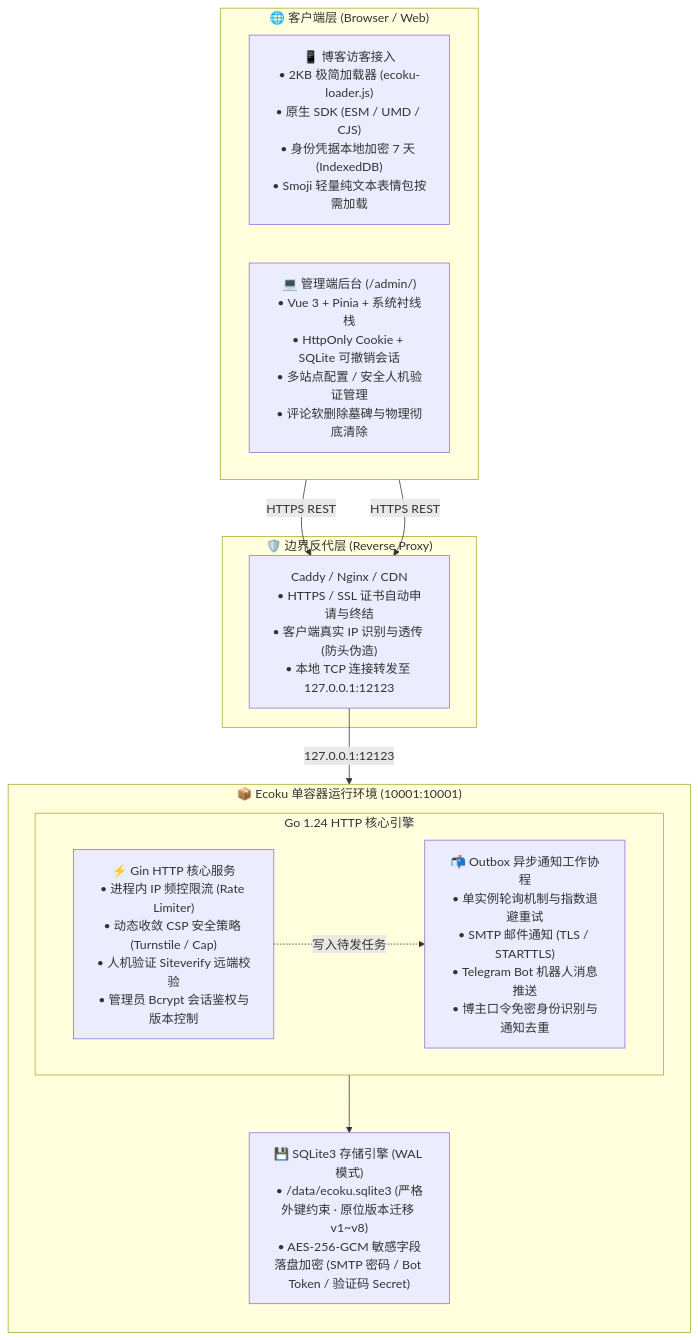
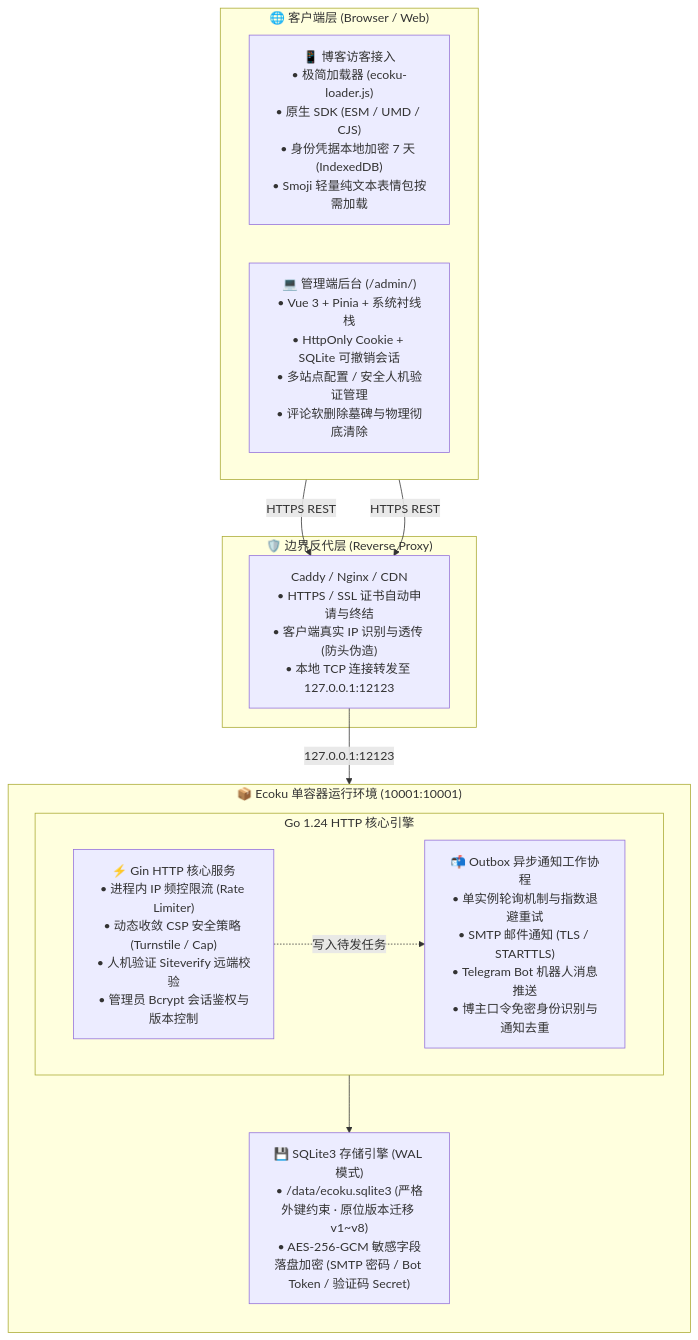
The diagram in docs/guide/introduction.md (DejavuMoe/Ecoku), drawn with Mermaid before and after one commit. The commit also changed other lines of this file and 66 other files, not shown here.

````diff
--- a/docs/guide/introduction.md
+++ b/docs/guide/introduction.md
@@ -21,28 +21,28 @@
 ```mermaid
 flowchart TD
     subgraph Client["🌐 客户端层 (Browser / Web)"]
         direction LR
-        Visitor["📱 博客访客接入<br/>• 2KB 极简加载器 (ecoku-loader.js)<br/>• 原生 SDK (ESM / UMD / CJS)<br/>• 身份凭据本地加密 7 天 (IndexedDB)<br/>• Smoji 轻量纯文本表情包按需加载"]
+        Visitor["📱 博客访客接入<br/>• 极简加载器 (ecoku-loader.js)<br/>• 原生 SDK (ESM / UMD / CJS)<br/>• 身份凭据本地加密 7 天 (IndexedDB)<br/>• Smoji 轻量纯文本表情包按需加载"]
         Admin["💻 管理端后台 (/admin/)<br/>• Vue 3 + Pinia + 系统衬线栈<br/>• HttpOnly Cookie + SQLite 可撤销会话<br/>• 多站点配置 / 安全人机验证管理<br/>• 评论软删除墓碑与物理彻底清除"]
     end
 
     subgraph Edge["🛡️ 边界反代层 (Reverse Proxy)"]
         Proxy["Caddy / Nginx / CDN<br/>• HTTPS / SSL 证书自动申请与终结<br/>• 客户端真实 IP 识别与透传 (防头伪造)<br/>• 本地 TCP 连接转发至 127.0.0.1:12123"]
     end
 
     subgraph Runtime["📦 Ecoku 单容器运行环境 (10001:10001)"]
         direction TB
         subgraph Core["Go 1.24 HTTP 核心引擎"]
             direction LR
             Engine["⚡ Gin HTTP 核心服务<br/>• 进程内 IP 频控限流 (Rate Limiter)<br/>• 动态收敛 CSP 安全策略 (Turnstile / Cap)<br/>• 人机验证 Siteverify 远端校验<br/>• 管理员 Bcrypt 会话鉴权与版本控制"]
             Outbox["📬 Outbox 异步通知工作协程<br/>• 单实例轮询机制与指数退避重试<br/>• SMTP 邮件通知 (TLS / STARTTLS)<br/>• Telegram Bot 机器人消息推送<br/>• 博主口令免密身份识别与通知去重"]
         end
         Storage["💾 SQLite3 存储引擎 (WAL 模式)<br/>• /data/ecoku.sqlite3 (严格外键约束 · 原位版本迁移 v1~v8)<br/>• AES-256-GCM 敏感字段落盘加密 (SMTP 密码 / Bot Token / 验证码 Secret)"]
         Core --> Storage
     end
 
     Visitor -->|HTTPS REST| Proxy
     Admin -->|HTTPS REST| Proxy
     Proxy -->|127.0.0.1:12123| Engine
     Engine -.->|写入待发任务| Outbox
 ```
````
